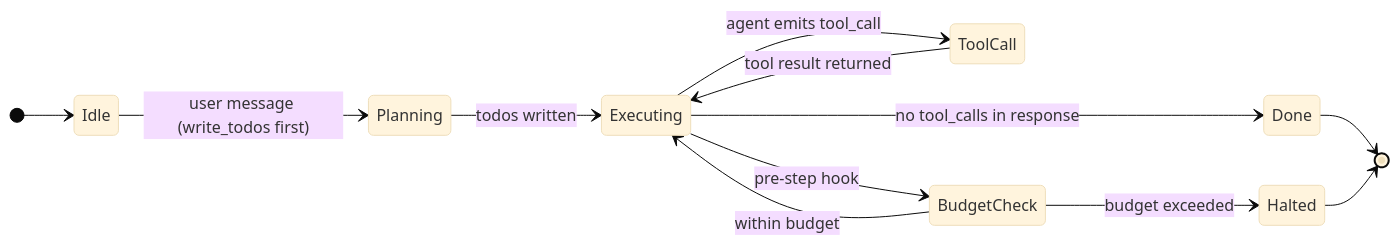
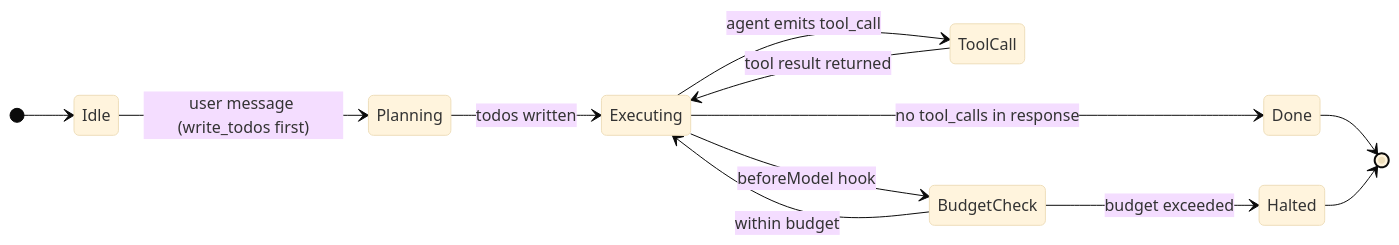
Before and after one commit to nhatduong-agilityio/deep-agents: the second of 5 diagrams in docs/diagrams/02-agent-graph.md, drawn with Mermaid (base theme). The commit also changed other lines of this file and 14 other files, not shown here.

Commit message:
docs: update T-FS plan and align diagrams to new design

````diff
--- a/docs/diagrams/02-agent-graph.md
+++ b/docs/diagrams/02-agent-graph.md
@@ -22,15 +22,15 @@
 ```mermaid
 stateDiagram-v2
     direction LR
     [*] --> Idle
     Idle --> Planning : user message (write_todos first)
     Planning --> Executing : todos written
     Executing --> ToolCall : agent emits tool_call
     ToolCall --> Executing : tool result returned
-    Executing --> BudgetCheck : pre-step hook
+    Executing --> BudgetCheck : beforeModel hook
     BudgetCheck --> Executing : within budget
     BudgetCheck --> Halted : budget exceeded
     Executing --> Done : no tool_calls in response
     Done --> [*]
     Halted --> [*]
 ```
````
